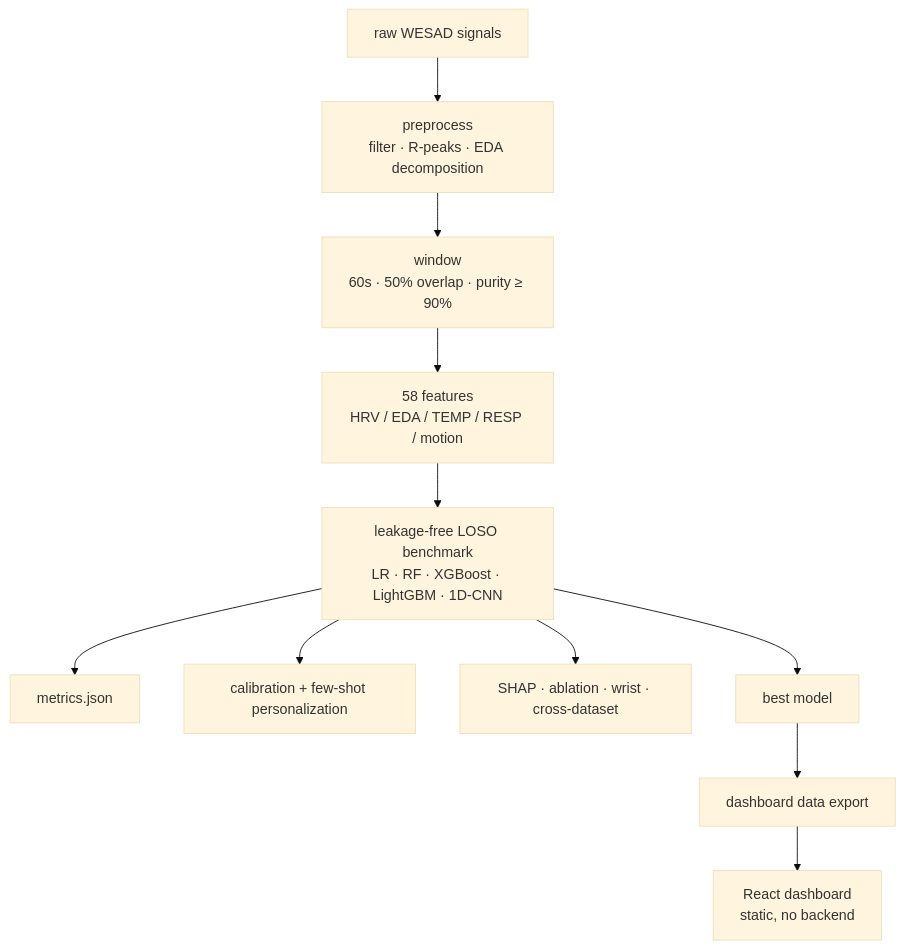
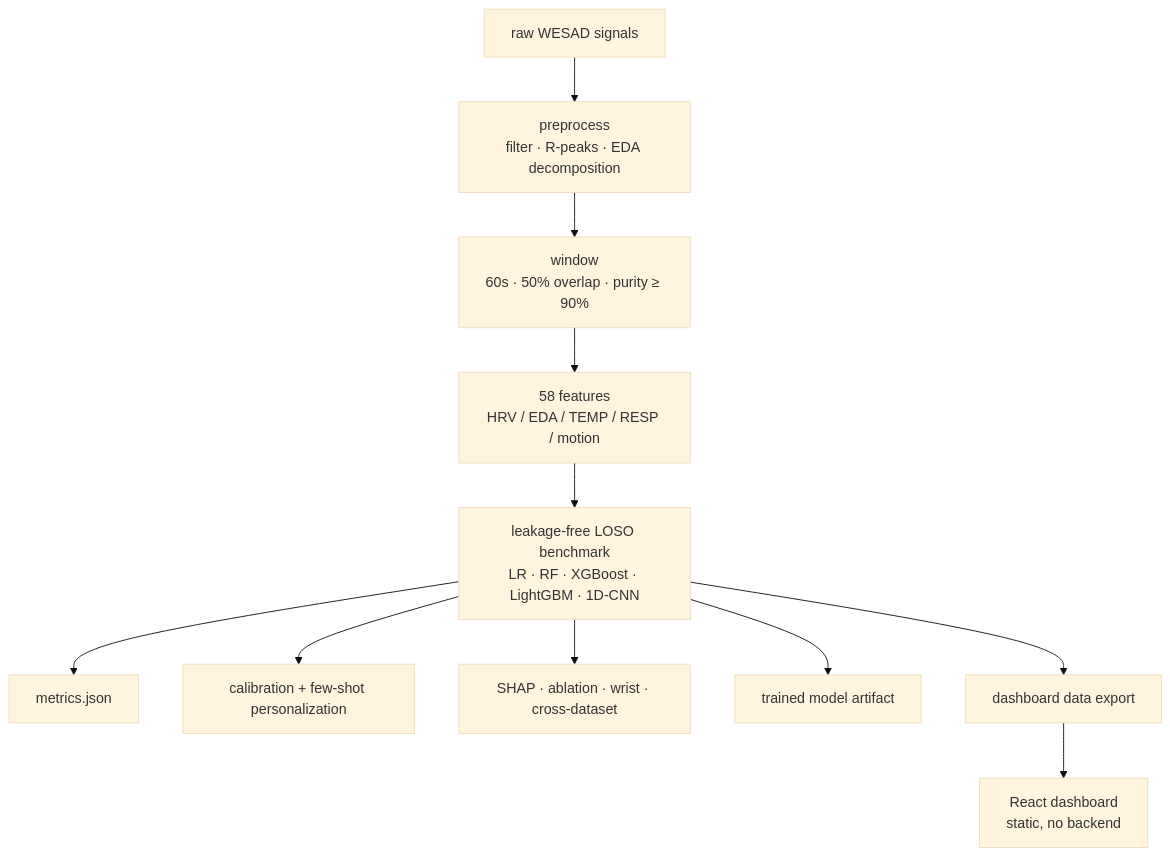
Before and after one commit to urmeo/CalmSense: the diagram in docs/ARCHITECTURE.md, drawn with Mermaid (base theme). The commit also changed other lines of this file and 17 other files, not shown here.

````diff
--- a/docs/ARCHITECTURE.md
+++ b/docs/ARCHITECTURE.md
@@ -32,13 +31,13 @@
 ```mermaid
 flowchart TD
     A[raw WESAD signals] --> B[preprocess<br/>filter · R-peaks · EDA decomposition]
     B --> C[window<br/>60s · 50% overlap · purity ≥ 90%]
     C --> D[58 features<br/>HRV / EDA / TEMP / RESP / motion]
     D --> E[leakage-free LOSO benchmark<br/>LR · RF · XGBoost · LightGBM · 1D-CNN]
     E --> F[metrics.json]
     E --> G[calibration + few-shot personalization]
     E --> H[SHAP · ablation · wrist · cross-dataset]
-    E --> I[best model]
-    I --> J[dashboard data export]
+    E --> I[trained model artifact]
+    E --> J[dashboard data export]
     J --> K[React dashboard<br/>static, no backend]
 ```
````
